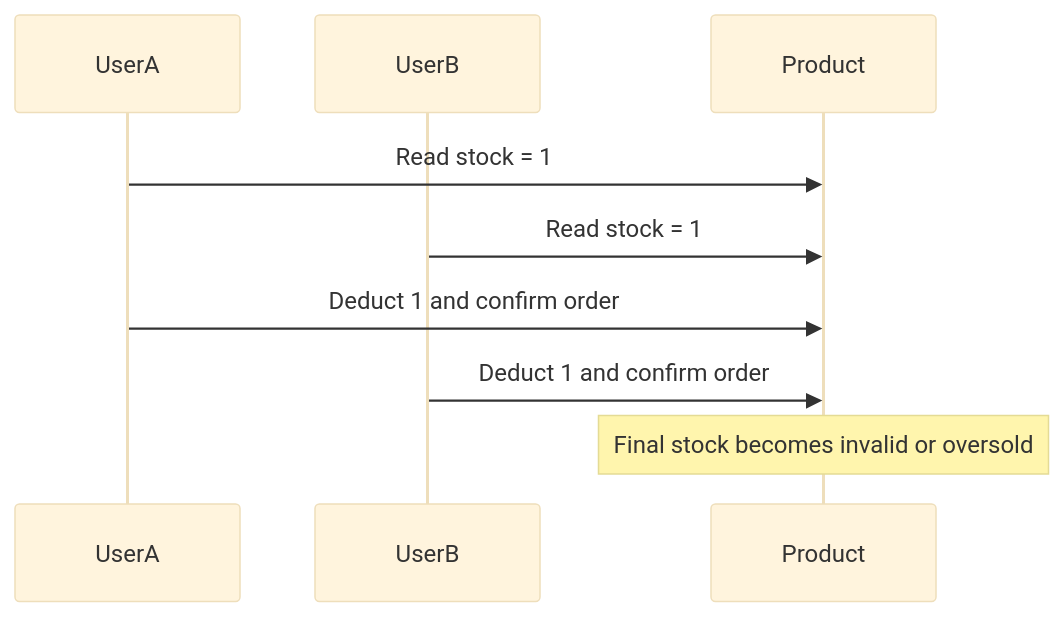
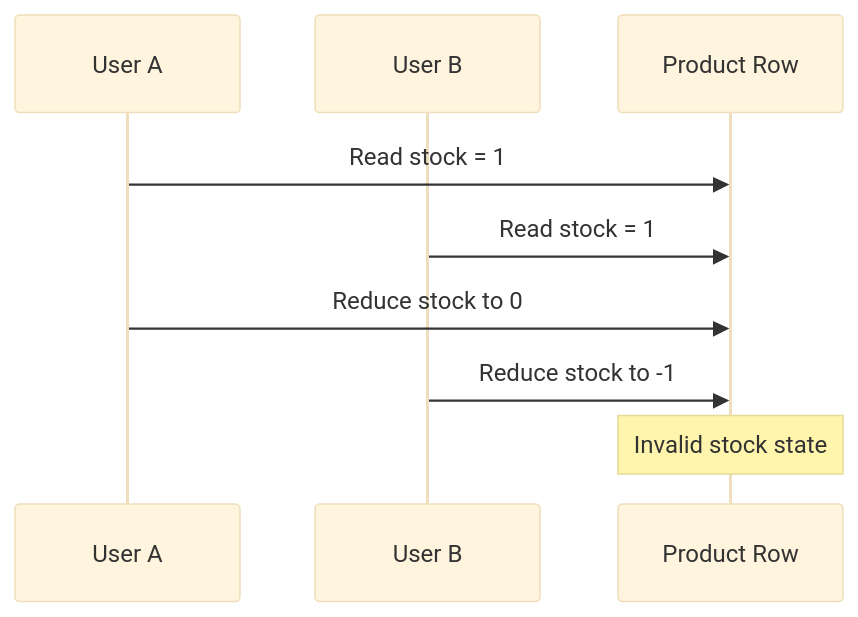
The fourth of 9 diagrams in README.md (auditee/E-commerce-platform-using-springboot), drawn with Mermaid (base theme) before and after one commit. The commit also changed other lines of this file, not shown here.

````diff
--- a/README.md
+++ b/README.md
@@ -649,12 +231,12 @@
 ```mermaid
 sequenceDiagram
-    participant UserA
-    participant UserB
-    participant Product
+    participant U1 as User A
+    participant U2 as User B
+    participant DB as Product Row
 
-    UserA->>Product: Read stock = 1
-    UserB->>Product: Read stock = 1
-    UserA->>Product: Deduct 1 and confirm order
-    UserB->>Product: Deduct 1 and confirm order
-    Note over Product: Final stock becomes invalid or oversold
+    U1->>DB: Read stock = 1
+    U2->>DB: Read stock = 1
+    U1->>DB: Reduce stock to 0
+    U2->>DB: Reduce stock to -1
+    Note over DB: Invalid stock state
 ```
````
